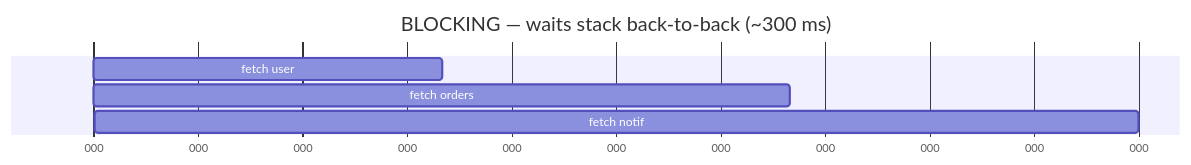
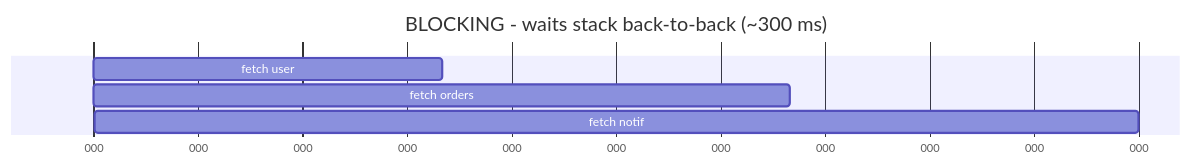
Before and after one commit to Topurrra/themissingmanual: the first of 2 diagrams in guides/programming-concepts/async-await-and-the-event-loop/01-why-async-exists.md, drawn with Mermaid. The commit also changed other lines of this file and 1072 other files, not shown here.

````diff
--- a/guides/programming-concepts/async-await-and-the-event-loop/01-why-async-exists.md
+++ b/guides/programming-concepts/async-await-and-the-event-loop/01-why-async-exists.md
@@ -46,9 +46,9 @@
 ```mermaid
 gantt
-  title BLOCKING — waits stack back-to-back (~300 ms)
+  title BLOCKING - waits stack back-to-back (~300 ms)
   dateFormat X
   axisFormat %L
   fetch user    :0, 100
   fetch orders  :100, 200
   fetch notif   :200, 300
 ```
````
